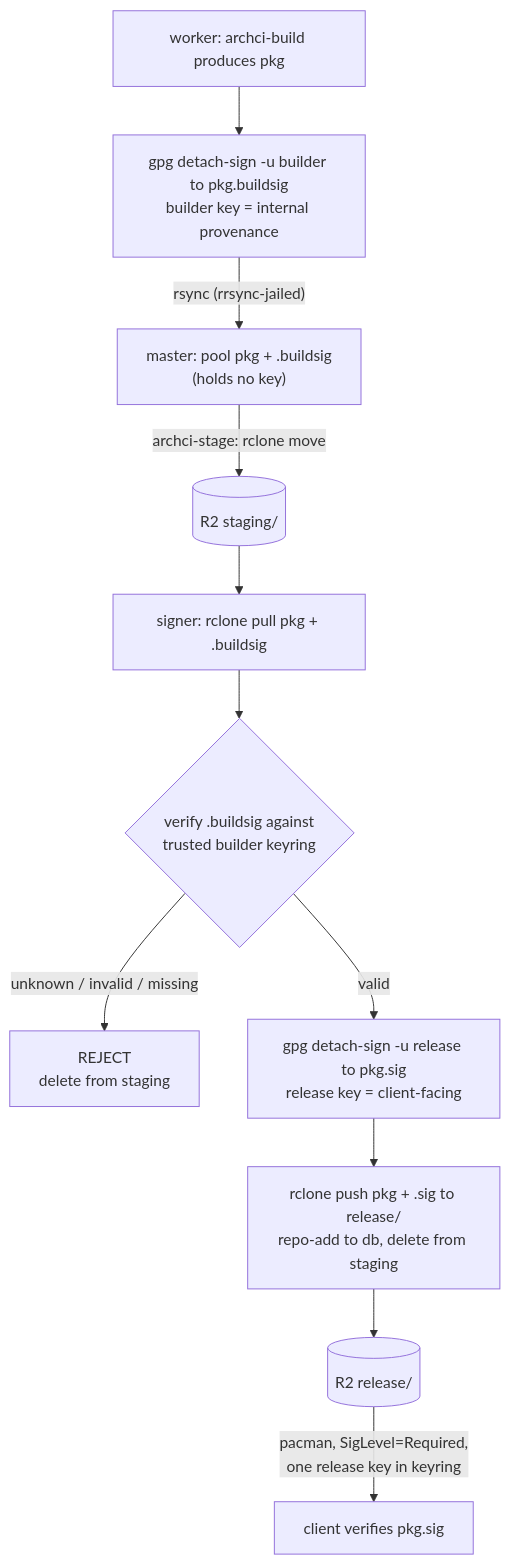
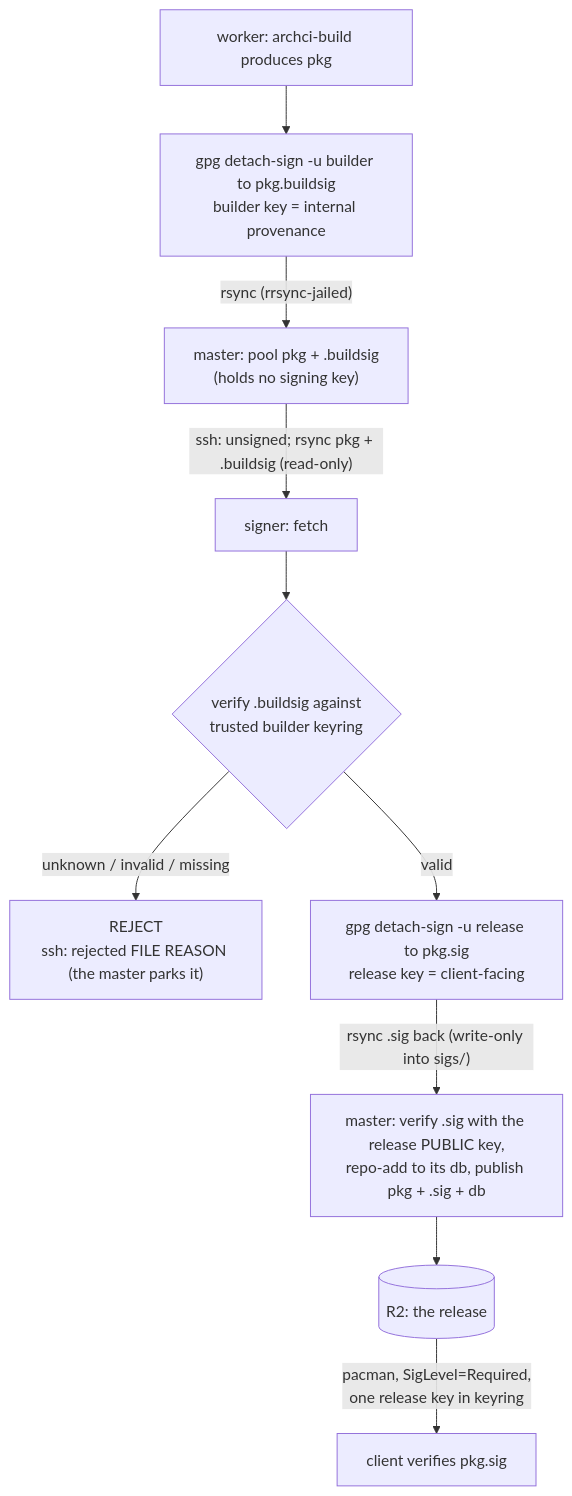
Before and after one commit to hegjon/archci: the second of 2 diagrams in README.md, drawn with Mermaid. The commit also changed other lines of this file and 32 other files, not shown here.

````diff
--- a/README.md
+++ b/README.md
@@ -172,13 +179,12 @@
 ```mermaid
 flowchart TD
   A["worker: archci-build produces pkg"] --> B["gpg detach-sign -u builder to pkg.buildsig<br/>builder key = internal provenance"]
-  B -->|"rsync (rrsync-jailed)"| C["master: pool pkg + .buildsig<br/>(holds no key)"]
-  C -->|"archci-stage: rclone move"| D[("R2 staging/")]
-  D --> E["signer: rclone pull pkg + .buildsig"]
+  B -->|"rsync (rrsync-jailed)"| C["master: pool pkg + .buildsig<br/>(holds no signing key)"]
+  C -->|"ssh: unsigned; rsync pkg + .buildsig (read-only)"| E["signer: fetch"]
   E --> F{"verify .buildsig against<br/>trusted builder keyring"}
-  F -->|"unknown / invalid / missing"| X["REJECT<br/>delete from staging"]
+  F -->|"unknown / invalid / missing"| X["REJECT<br/>ssh: rejected FILE REASON (the master parks it)"]
   F -->|valid| G["gpg detach-sign -u release to pkg.sig<br/>release key = client-facing"]
-  G --> H["rclone push pkg + .sig to release/<br/>repo-add to db, delete from staging"]
-  H --> I[("R2 release/")]
+  G -->|"rsync .sig back (write-only into sigs/)"| H["master: verify .sig with the release PUBLIC key,<br/>repo-add to its db, publish pkg + .sig + db"]
+  H --> I[("R2: the release")]
   I -->|"pacman, SigLevel=Required,<br/>one release key in keyring"| J["client verifies pkg.sig"]
 ```
````
